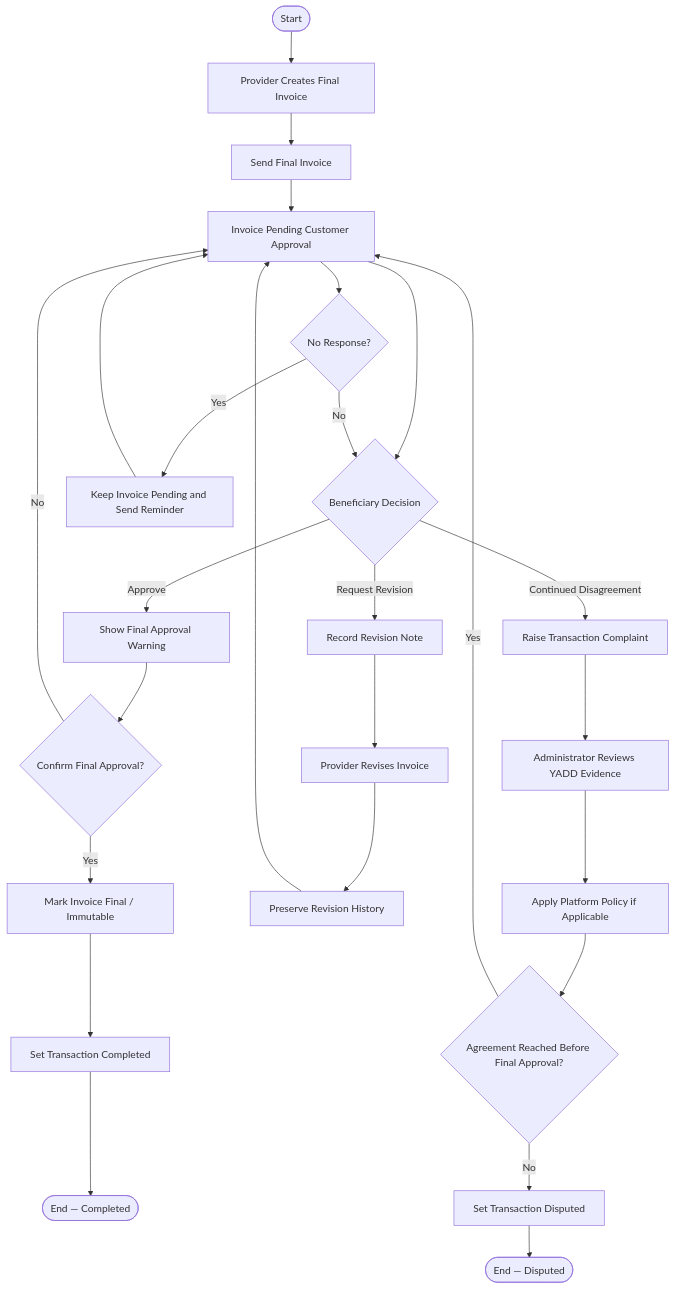
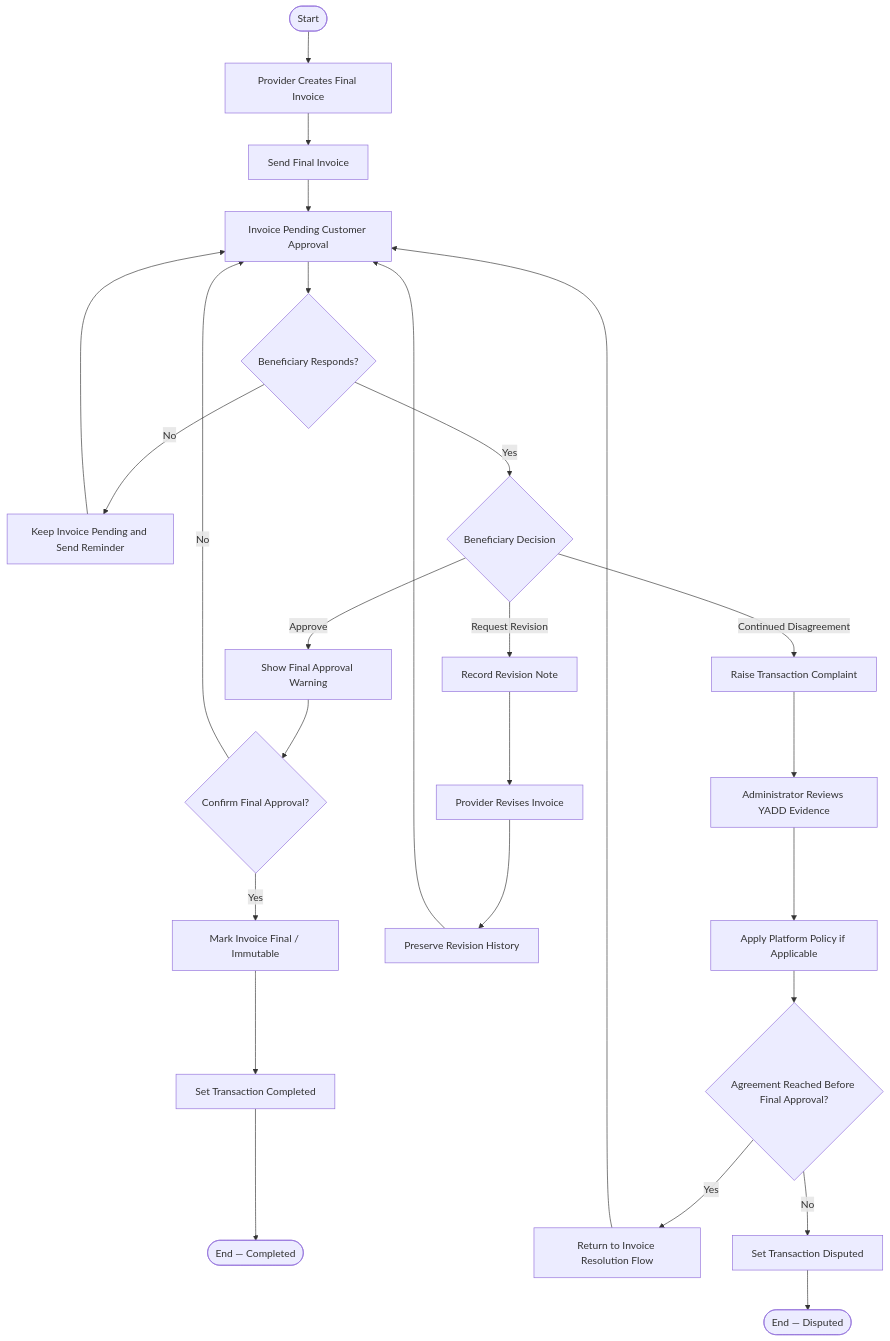
Before and after one commit to Yadd-SanaaUniversityGraduationProject/yadd: the diagram in diagrams/activity-final-invoice-dispute.md, drawn with Mermaid.

Commit message:
fix(diagrams): correct invoice activity response decision flow

````diff
--- a/diagrams/activity-final-invoice-dispute.md
+++ b/diagrams/activity-final-invoice-dispute.md
@@ -17,32 +17,33 @@
 ```mermaid
 flowchart TD
     S([Start]) --> A[Provider Creates Final Invoice]
     A --> B[Send Final Invoice]
     B --> C[Invoice Pending Customer Approval]
-    C --> D{Beneficiary Decision}
+    C --> D{Beneficiary Responds?}
 
-    D -- Approve --> E[Show Final Approval Warning]
-    E --> F{Confirm Final Approval?}
-    F -- No --> C
-    F -- Yes --> G[Mark Invoice Final / Immutable]
-    G --> H[Set Transaction Completed]
-    H --> ZC([End — Completed])
+    D -- No --> E[Keep Invoice Pending and Send Reminder]
+    E --> C
 
-    D -- Request Revision --> I[Record Revision Note]
-    I --> J[Provider Revises Invoice]
-    J --> K[Preserve Revision History]
-    K --> C
+    D -- Yes --> F{Beneficiary Decision}
 
-    D -- Continued Disagreement --> L[Raise Transaction Complaint]
-    L --> M[Administrator Reviews YADD Evidence]
-    M --> N[Apply Platform Policy if Applicable]
-    N --> O{Agreement Reached Before Final Approval?}
-    O -- Yes --> C
-    O -- No --> P[Set Transaction Disputed]
-    P --> ZD([End — Disputed])
+    F -- Approve --> G[Show Final Approval Warning]
+    G --> H{Confirm Final Approval?}
+    H -- No --> C
+    H -- Yes --> I[Mark Invoice Final / Immutable]
+    I --> J[Set Transaction Completed]
+    J --> ZC([End — Completed])
 
-    C --> Q{No Response?}
-    Q -- Yes --> R[Keep Invoice Pending and Send Reminder]
+    F -- Request Revision --> K[Record Revision Note]
+    K --> L[Provider Revises Invoice]
+    L --> M[Preserve Revision History]
+    M --> C
+
+    F -- Continued Disagreement --> N[Raise Transaction Complaint]
+    N --> O[Administrator Reviews YADD Evidence]
+    O --> P[Apply Platform Policy if Applicable]
+    P --> Q{Agreement Reached Before Final Approval?}
+    Q -- Yes --> R[Return to Invoice Resolution Flow]
     R --> C
-    Q -- No --> D
+    Q -- No --> T[Set Transaction Disputed]
+    T --> ZD([End — Disputed])
 ```
````
